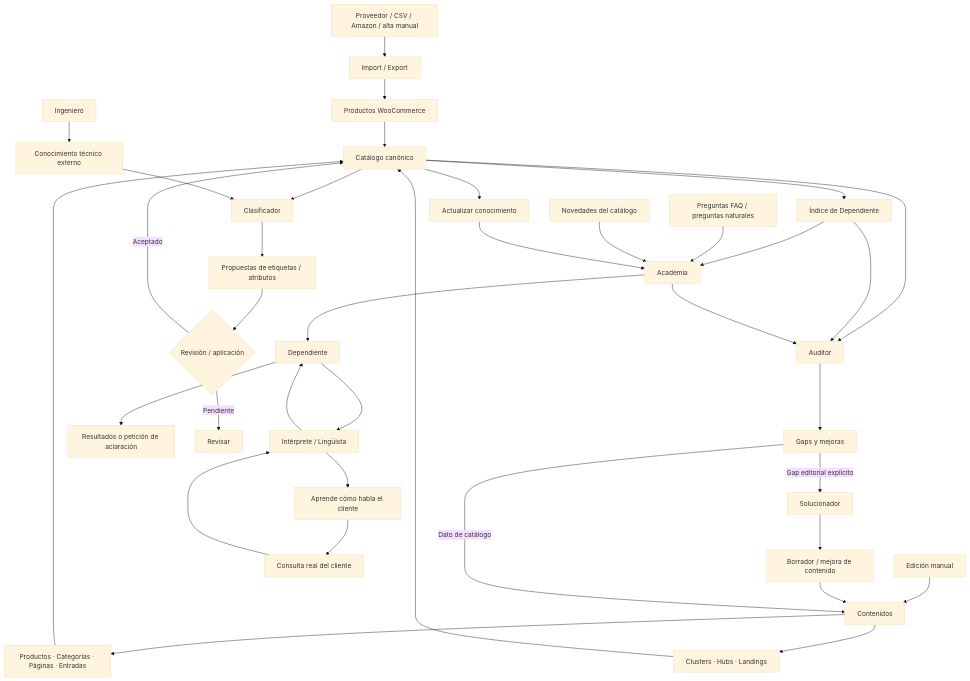
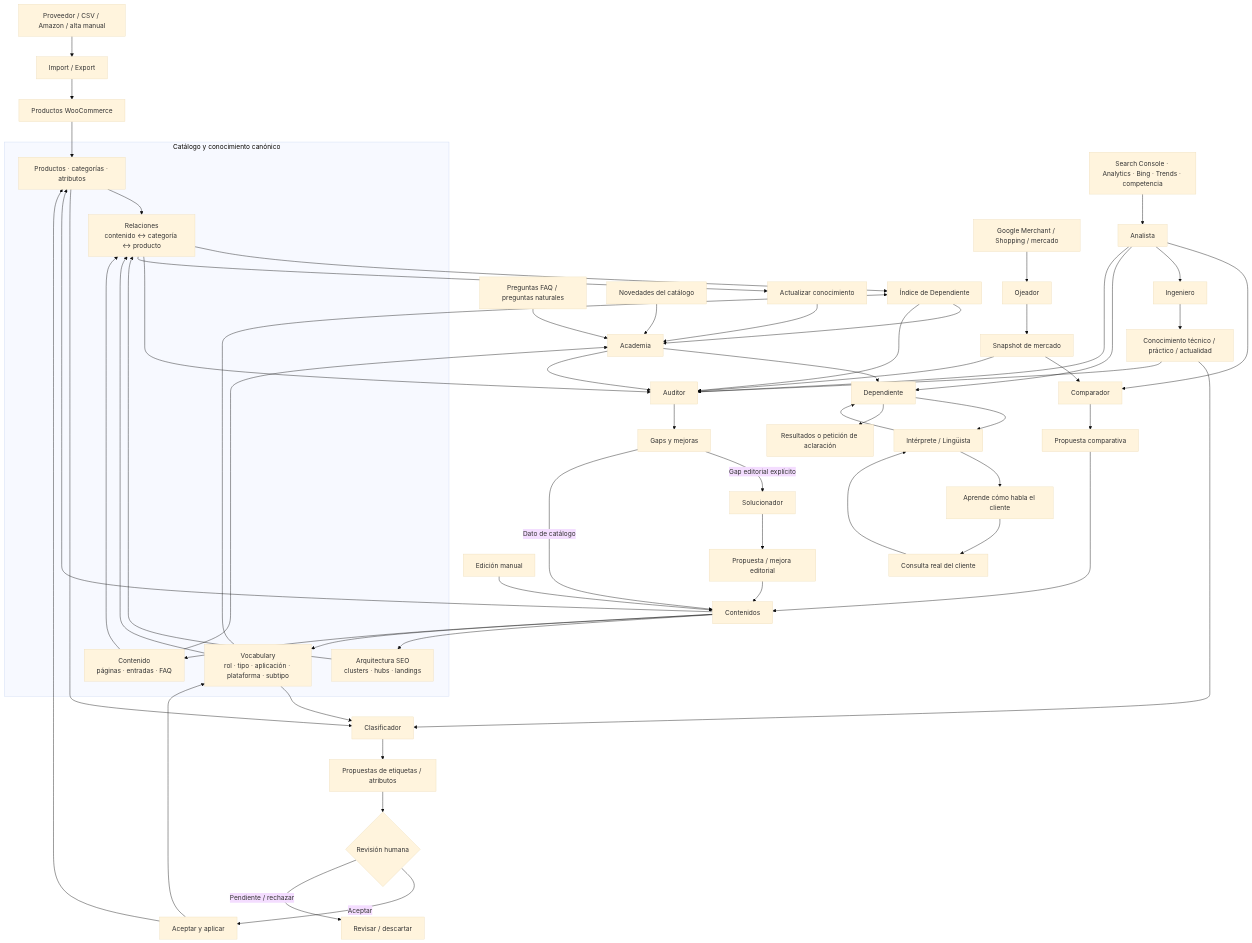
Before and after one commit to distribuidordeherramientases-wq/seo-taxonomy: the diagram in docs/manual/INICIO.md, drawn with Mermaid (base theme). The commit also changed other lines of this file, not shown here.

Commit message:
docs: actualiza mapa funcional de servicios

````diff
--- a/docs/manual/INICIO.md
+++ b/docs/manual/INICIO.md
@@ -41,46 +46,79 @@
 ```mermaid
 flowchart TD
     A[Proveedor / CSV / Amazon / alta manual] --> B[Import / Export]
-    B --> C[Productos WooCommerce]
+    B --> WC[Productos WooCommerce]
+    MAN[Edición manual] --> CONT[Contenidos]
 
-    D[Edición manual] --> E[Contenidos]
-    E --> F[Productos · Categorías · Páginas · Entradas]
-    E --> G[Clusters · Hubs · Landings]
-    C --> H[Catálogo canónico]
-    F --> H
-    G --> H
+    subgraph CAN["Catálogo y conocimiento canónico"]
+        CAT[Productos · categorías · atributos]
+        SEO[Arquitectura SEO<br/>clusters · hubs · landings]
+        VOC[Vocabulary<br/>rol · tipo · aplicación · plataforma · subtipo]
+        CNT[Contenido<br/>páginas · entradas · FAQ]
+        REL[Relaciones<br/>contenido ↔ categoría ↔ producto]
 
-    H --> I[Índice de Dependiente]
-    I --> J[Academia]
-    J --> K[Dependiente]
+        CAT --> REL
+        SEO --> REL
+        VOC --> REL
+        CNT --> REL
+    end
 
-    L[Preguntas FAQ / preguntas naturales] --> J
-    M[Novedades del catálogo] --> J
+    WC --> CAT
+    CONT --> CAT
+    CONT --> SEO
+    CONT --> VOC
+    CONT --> CNT
 
-    K --> N[Intérprete / Lingüista]
-    N --> O[Aprende cómo habla el cliente]
-    O --> P[Consulta real del cliente]
-    P --> N
-    N --> K
-    K --> Q[Resultados o petición de aclaración]
+    REL --> IDX[Índice de Dependiente]
+    VOC --> IDX
+    CNT --> ACA[Academia]
+    IDX --> ACA
+    FAQ[Preguntas FAQ / preguntas naturales] --> ACA
+    NOV[Novedades del catálogo] --> ACA
+    ACA --> DEP[Dependiente]
 
-    H --> R[Clasificador]
-    S[Ingeniero] --> T[Conocimiento técnico externo]
-    T --> R
-    R --> U[Propuestas de etiquetas / atributos]
-    U --> V{Revisión / aplicación}
-    V -->|Aceptado| H
-    V -->|Pendiente| W[Revisar]
+    DEP --> INT[Intérprete / Lingüista]
+    INT --> HABLA[Aprende cómo habla el cliente]
+    HABLA --> CONSULTA[Consulta real del cliente]
+    CONSULTA --> INT
+    INT --> DEP
+    DEP --> RESULT[Resultados o petición de aclaración]
 
-    H --> X[Auditor]
-    I --> X
-    J --> X
-    X --> Y[Gaps y mejoras]
-    Y -->|Gap editorial explícito| Z[Solucionador]
-    Z --> AA[Borrador / mejora de contenido]
-    AA --> E
-    Y -->|Dato de catálogo| E
+    ING[Ingeniero] --> KTECH[Conocimiento técnico / práctico / actualidad]
+    CAT --> CLA[Clasificador]
+    VOC --> CLA
+    KTECH --> CLA
+    CLA --> PROP[Propuestas de etiquetas / atributos]
+    PROP --> REV{Revisión humana}
+    REV -->|Aceptar| APPLY[Aceptar y aplicar]
+    APPLY --> VOC
+    APPLY --> CAT
+    REV -->|Pendiente / rechazar| PEND[Revisar / descartar]
 
-    H --> AB[Actualizar conocimiento]
-    AB --> J
+    MERC[Google Merchant / Shopping / mercado] --> OJ[Ojeador]
+    OJ --> SNAP[Snapshot de mercado]
+    SNAP --> CMP[Comparador]
+
+    MED[Search Console · Analytics · Bing · Trends · competencia] --> ANA[Analista]
+    ANA --> CMP
+    ANA --> ING
+    ANA --> DEP
+
+    CMP --> CPROP[Propuesta comparativa]
+    CPROP --> CONT
+
+    REL --> AUD[Auditor]
+    IDX --> AUD
+    ACA --> AUD
+    KTECH --> AUD
+    SNAP --> AUD
+    ANA --> AUD
+
+    AUD --> GAPS[Gaps y mejoras]
+    GAPS -->|Gap editorial explícito| SOL[Solucionador]
+    SOL --> EDIT[Propuesta / mejora editorial]
+    EDIT --> CONT
+    GAPS -->|Dato de catálogo| CONT
+
+    REL --> ACT[Actualizar conocimiento]
+    ACT --> ACA
 ```
````
